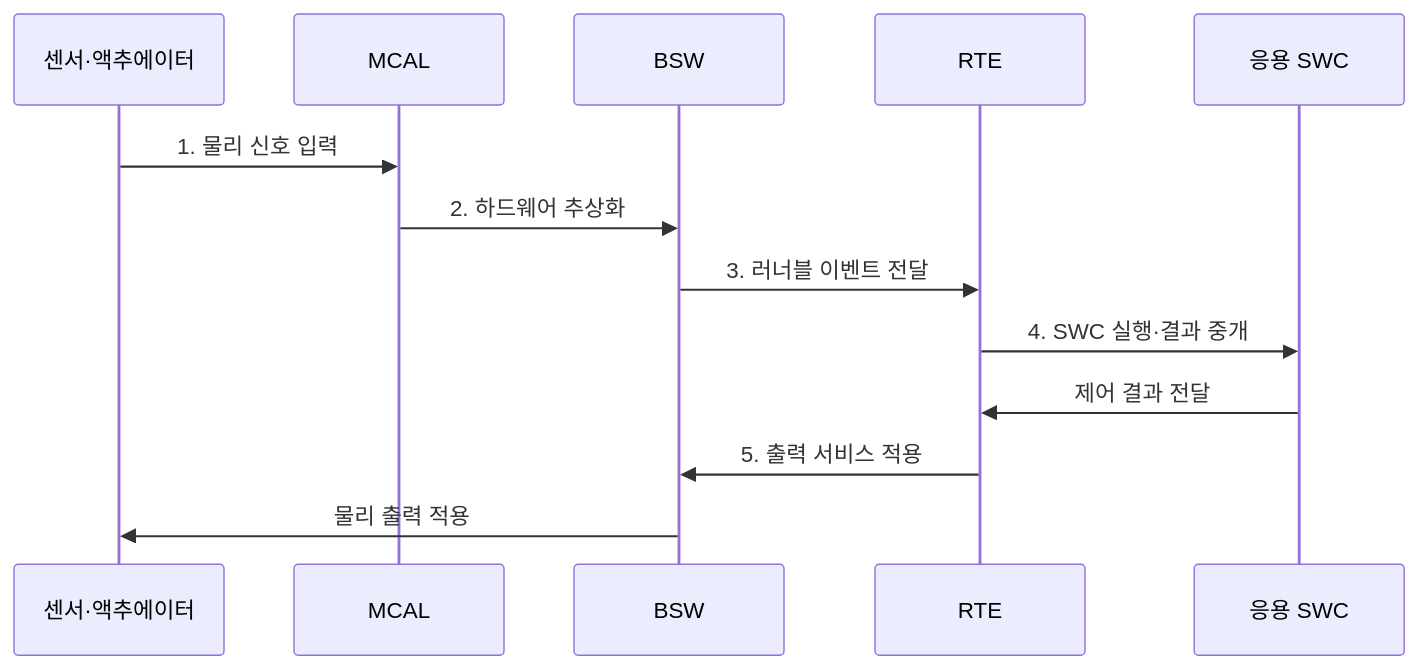
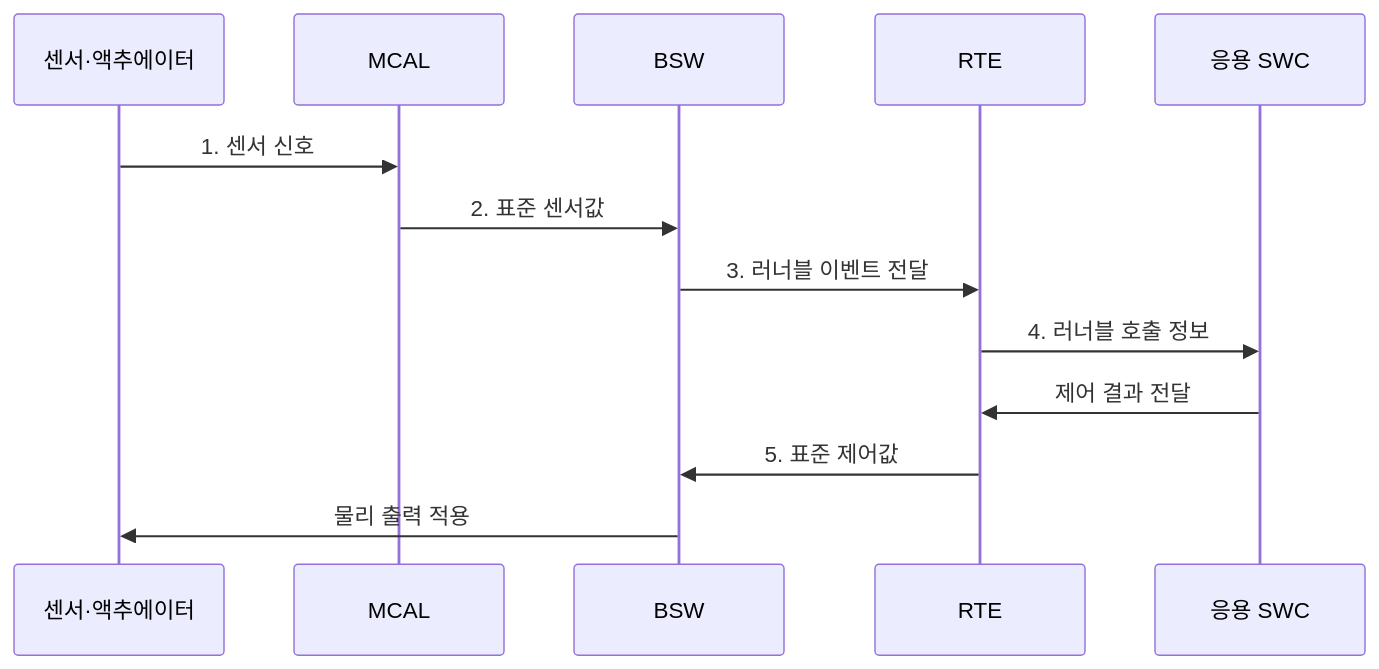
Before and after one commit to agnusdei1207/knowledge-base: the second of 2 diagrams in src/content/docs/notes/02-hardware/067_autosar.md, drawn with Mermaid. The commit also changed other lines of this file and 20 other files, not shown here.

````diff
--- a/src/content/docs/notes/02-hardware/067_autosar.md
+++ b/src/content/docs/notes/02-hardware/067_autosar.md
@@ -85,16 +92,16 @@
 ```mermaid
 sequenceDiagram
     participant D as 센서·액추에이터
     participant M as MCAL
     participant B as BSW
     participant R as RTE
     participant W as 응용 SWC
 
-    D->>M: 1. 물리 신호 입력
-    M->>B: 2. 하드웨어 추상화
+    D->>M: 1. 센서 신호
+    M->>B: 2. 표준 센서값
     B->>R: 3. 러너블 이벤트 전달
-    R->>W: 4. SWC 실행·결과 중개
+    R->>W: 4. 러너블 호출 정보
     W->>R: 제어 결과 전달
-    R->>B: 5. 출력 서비스 적용
+    R->>B: 5. 표준 제어값
     B->>D: 물리 출력 적용
 ```
````
